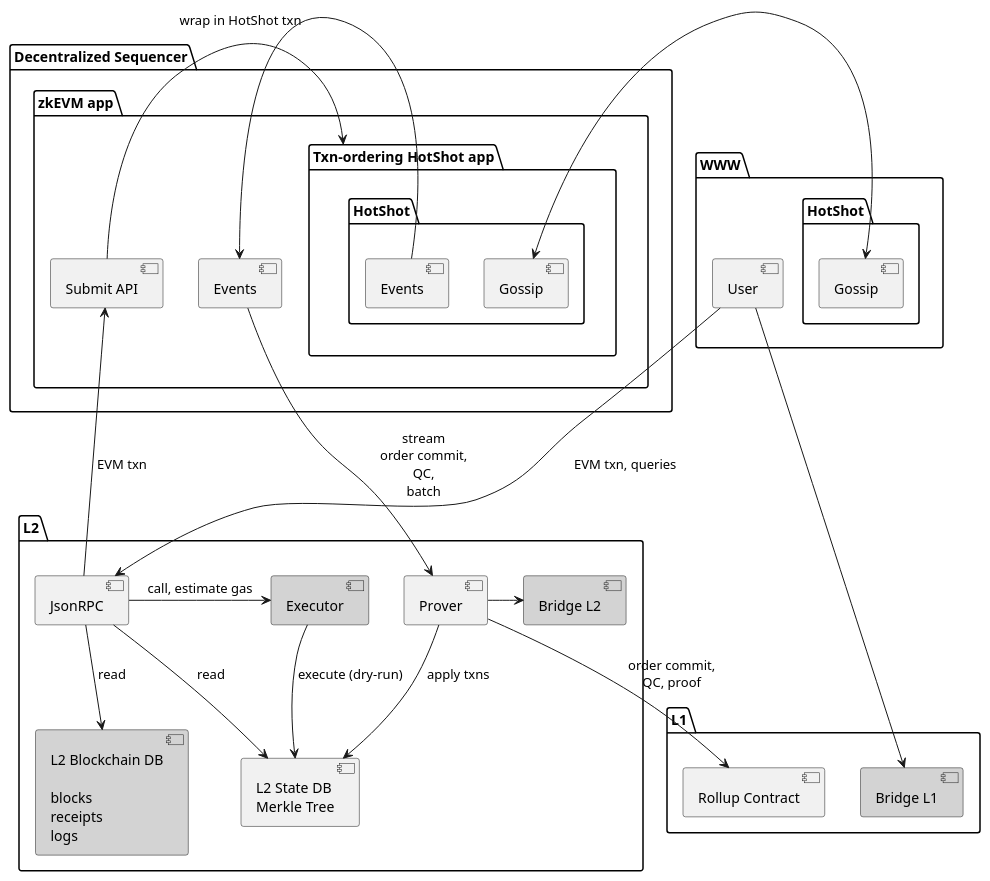
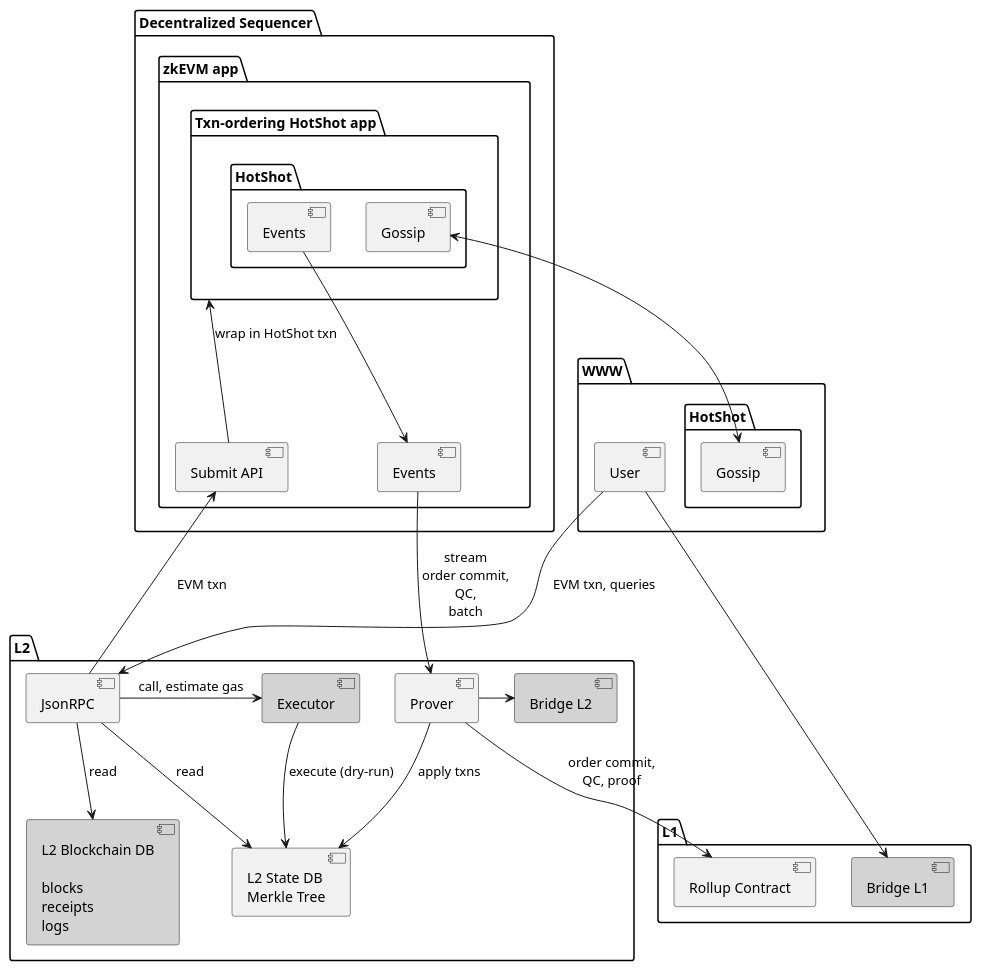
Before and after one commit to EspressoSystems/espresso-sequencer: the diagram in doc/architecture.puml, drawn with PlantUML. The commit also changed 4 other files, not shown here.

```diff
--- a/doc/architecture.puml
+++ b/doc/architecture.puml
@@ -1,64 +1,64 @@
 @startuml
 package "WWW" {
   component User
   package "HotShot" as HotShotExternal {
     component "Gossip" as GossipExternal
   }
 }
 
 package "Decentralized Sequencer" {
   package "zkEVM app" as zkApp {
     component Events
     component "Submit API" as Submit
     package "Txn-ordering HotShot app" as App {
       package HotShot {
         component "Gossip" as GossipInternal
         component "Events" as HotShotEvents
       }
     }
   }
 }
 
 package L2 {
   component JsonRPC
   component L2DB #lightgrey [
     L2 Blockchain DB
 
     blocks
     receipts
     logs
   ]
   component Prover
   component Executor #lightgrey
   component Tree [
     L2 State DB
     Merkle Tree
   ]
   component "Bridge L2" as BridgeL2 #lightgrey
 }
 
 package L1 {
   component Rollup [
     Rollup Contract
   ]
   component "Bridge L1" as BridgeL1 #lightgrey
 }
 
-GossipInternal <-> GossipExternal
+GossipInternal <-down-> GossipExternal
 Prover -> BridgeL2
 
 User --> JsonRPC: EVM txn, queries
 JsonRPC -> Submit: EVM txn
 JsonRPC --> L2DB: read
 JsonRPC --> Tree: read
 JsonRPC -> Executor: call, estimate gas
 
 User -> BridgeL1
-Submit -> App: wrap in HotShot txn
-HotShotEvents -> Events
+Submit -up-> App: wrap in HotShot txn
+HotShotEvents -down-> Events
 
 Executor --> Tree: execute (dry-run)
 Prover --> Tree: apply txns
 Events --> Prover: stream\norder commit,\nQC,\nbatch
 Prover --> Rollup: order commit,\nQC, proof
 @enduml
```
